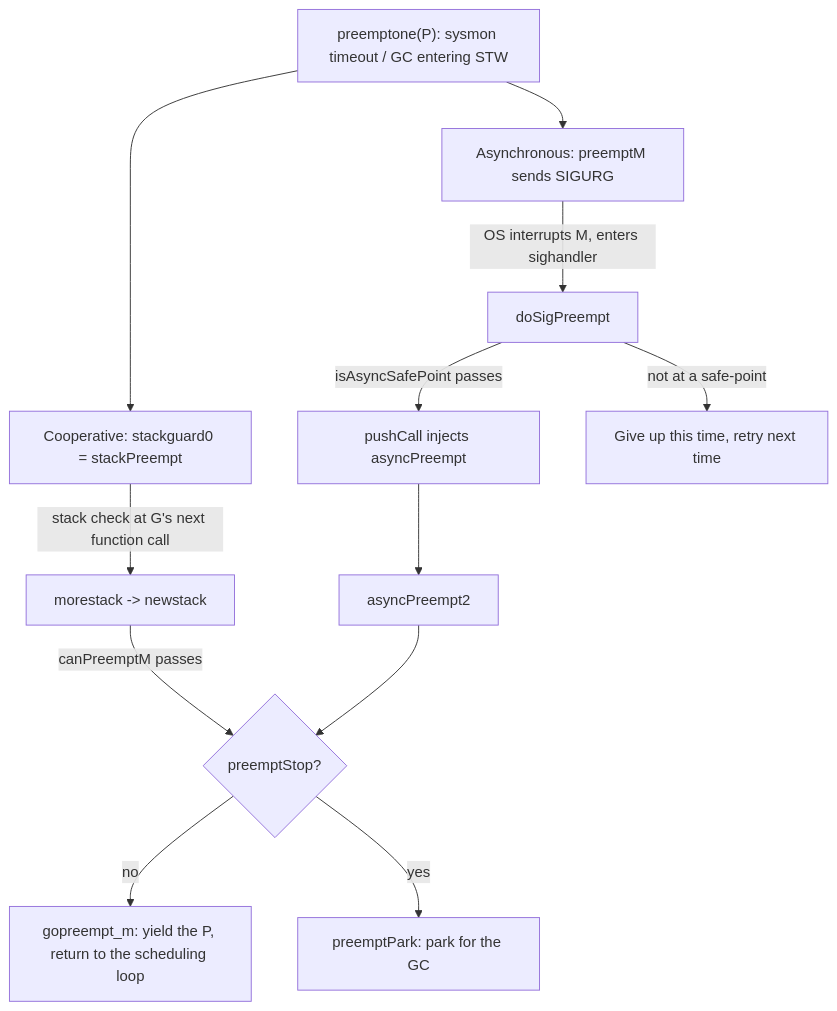
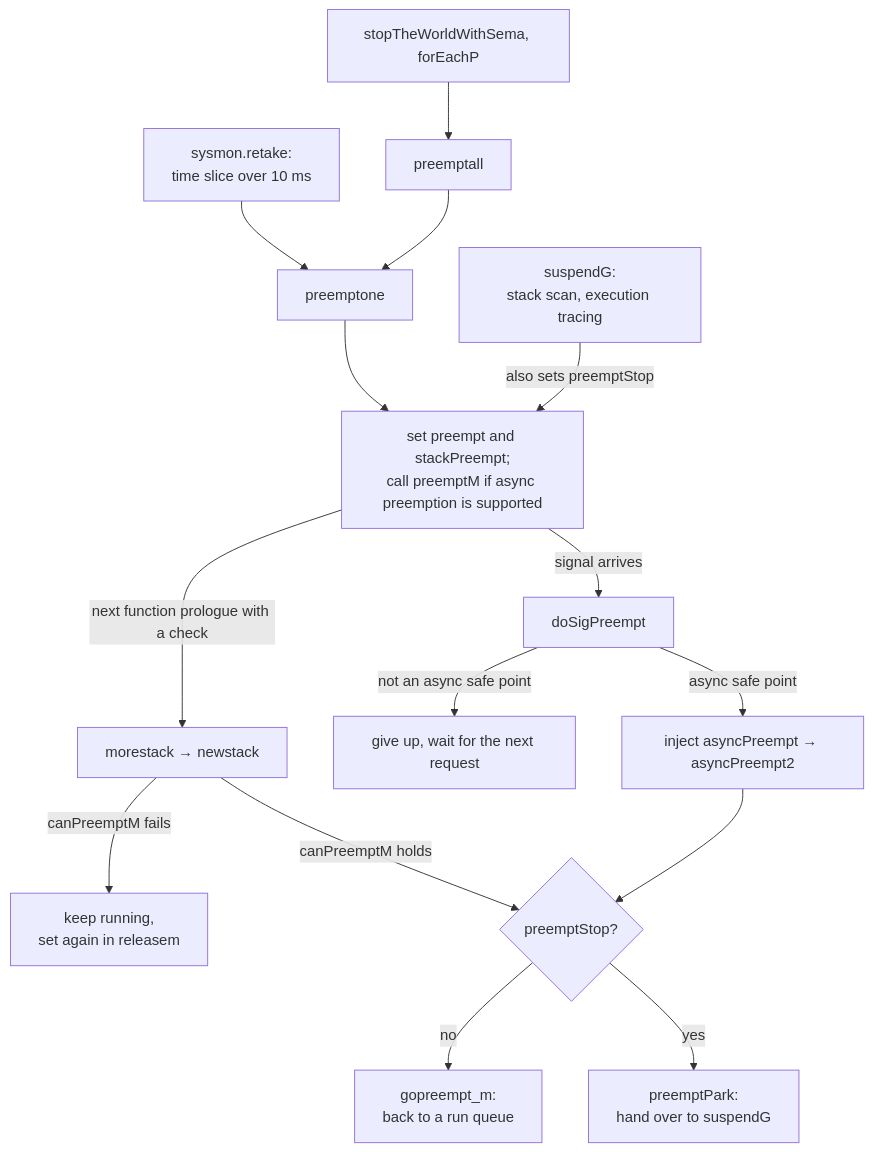
One commit to golang-design/under-the-hood changed the diagram in book/en-us/part3concurrency/ch09sched/preemption.md. Above: the diagram before and after it, drawn with Mermaid. The commit also changed other lines of this file and 30 other files, not shown here.

````diff
--- a/book/en-us/part3concurrency/ch09sched/preemption.md
+++ b/book/en-us/part3concurrency/ch09sched/preemption.md
@@ -280,19 +537,16 @@
 ```mermaid
 flowchart TD
-    REQ["preemptone(P): sysmon timeout / GC entering STW"]
-    REQ --> COOP["Cooperative: stackguard0 = stackPreempt"]
-    REQ --> ASYNC["Asynchronous: preemptM sends SIGURG"]
-
-    COOP -->|stack check at G's next function call| MORE["morestack -> newstack"]
-    MORE -->|canPreemptM passes| YIELD
-
-    ASYNC -->|OS interrupts M, enters sighandler| DSP["doSigPreempt"]
-    DSP -->|isAsyncSafePoint passes| INJ["pushCall injects asyncPreempt"]
-    DSP -->|not at a safe-point| DROP["Give up this time, retry next time"]
-    INJ --> AP2["asyncPreempt2"]
-    AP2 --> YIELD
-
-    YIELD{"preemptStop?"}
-    YIELD -->|no| GP["gopreempt_m: yield the P, return to the scheduling loop"]
-    YIELD -->|yes| PP["preemptPark: park for the GC"]
+    SYSMON["sysmon.retake:<br/>time slice over 10 ms"] --> ONE["preemptone"]
+    STW["stopTheWorldWithSema, forEachP"] --> ALL["preemptall"] --> ONE
+    ONE --> ARM["set preempt and stackPreempt;<br/>call preemptM if async preemption is supported"]
+    SCAN["suspendG:<br/>stack scan, execution tracing"] -->|"also sets preemptStop"| ARM
+    ARM -->|"next function prologue with a check"| NS["morestack → newstack"]
+    ARM -->|"signal arrives"| DSP["doSigPreempt"]
+    NS -->|"canPreemptM fails"| LATER["keep running,<br/>set again in releasem"]
+    NS -->|"canPreemptM holds"| SW{"preemptStop?"}
+    DSP -->|"not an async safe point"| RETRY["give up, wait for the next request"]
+    DSP -->|"async safe point"| AP["inject asyncPreempt → asyncPreempt2"]
+    AP --> SW
+    SW -->|"no"| GP["gopreempt_m:<br/>back to a run queue"]
+    SW -->|"yes"| PP["preemptPark:<br/>hand over to suspendG"]
 ```
````
